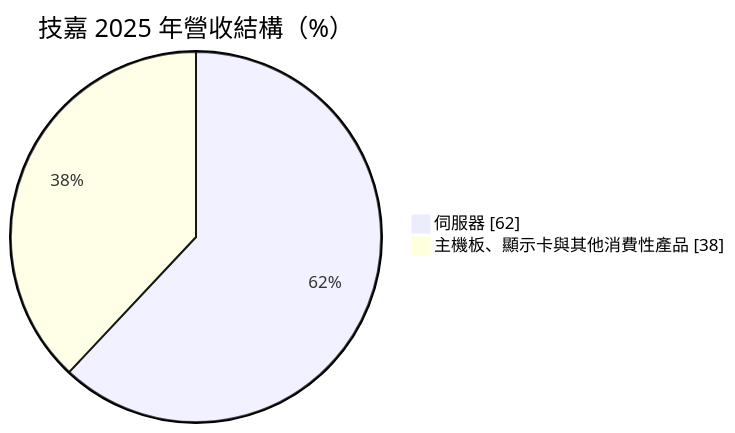
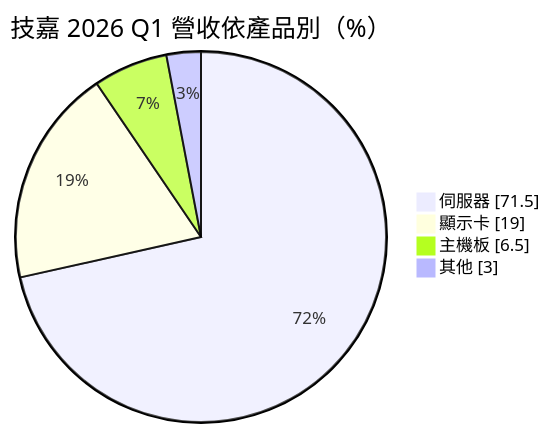
One commit to wangnick1004/taiwan-stock-vault changed the first of 4 diagrams in 個股/台股/2376技嘉.md. Above: the diagram before and after it, drawn with Mermaid. The commit also changed other lines of this file and 19 other files, not shown here.

````diff
--- a/個股/台股/2376技嘉.md
+++ b/個股/台股/2376技嘉.md
@@ -54,6 +56,8 @@
 ```mermaid
 pie showData
-    title 技嘉 2025 年營收結構（%）
-    "伺服器" : 62
-    "主機板、顯示卡與其他消費性產品" : 38
+    title 技嘉 2026 Q1 營收依產品別（%）
+    "伺服器" : 71.5
+    "顯示卡" : 19
+    "主機板" : 6.5
+    "其他" : 3
 ```
````
